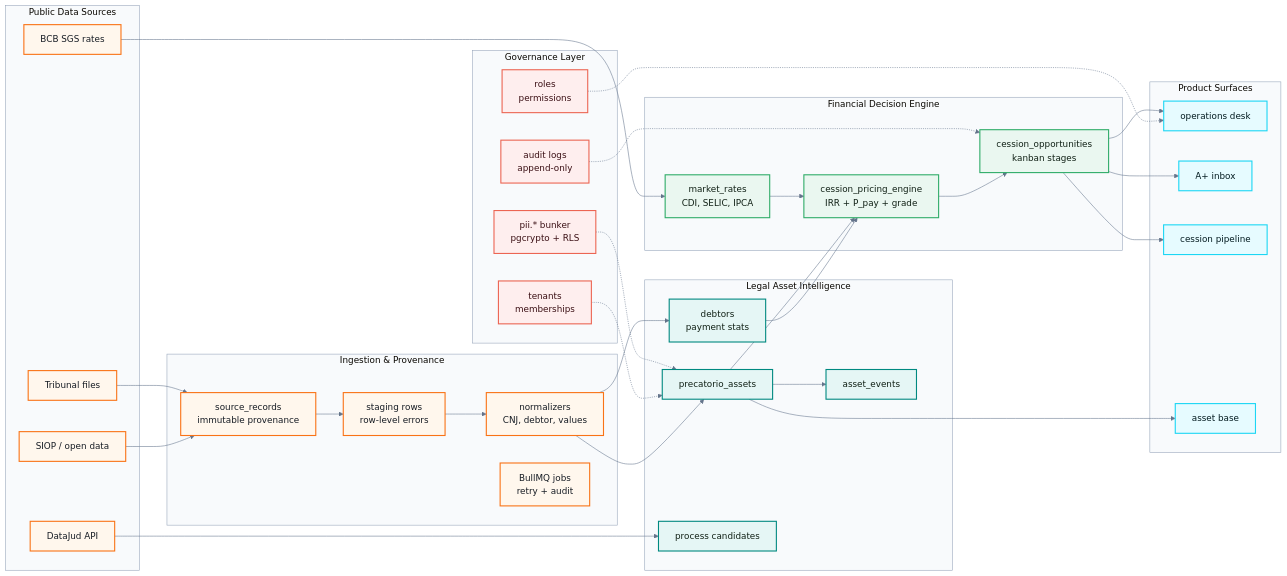
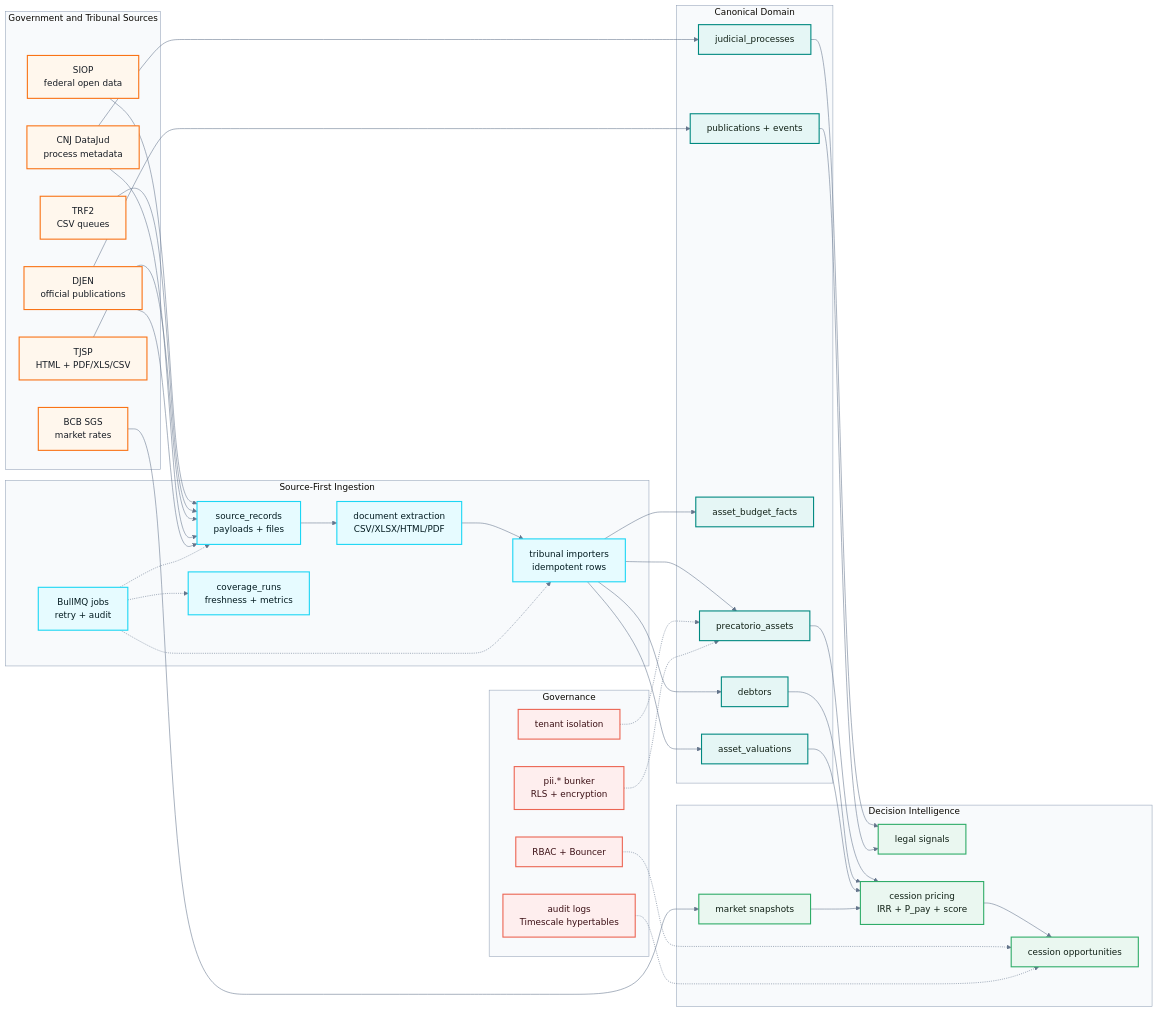
One commit to gabrielmaialva33/juridicai changed the first of 2 diagrams in README.md. Above: the diagram before and after it, drawn with Mermaid. The commit also changed other lines of this file, not shown here.

Commit message:
📝 docs: improve README.md with detailed architecture, pipeline, integrations, and governance

````diff
--- a/README.md
+++ b/README.md
@@ -64,75 +80,82 @@
   'clusterBorder': '#94a3b8'
 }}}%%
 flowchart LR
-    subgraph Sources["Public Data Sources"]
-        SIOP["SIOP / open data"]
-        TRF["Tribunal files"]
-        DATAJUD["DataJud API"]
-        BCB["BCB SGS rates"]
+    subgraph Sources["Government and Tribunal Sources"]
+        SIOP["SIOP<br/>federal open data"]
+        TRF2["TRF2<br/>CSV queues"]
+        TJSP["TJSP<br/>HTML + PDF/XLS/CSV"]
+        DATAJUD["CNJ DataJud<br/>process metadata"]
+        DJEN["DJEN<br/>official publications"]
+        BCB["BCB SGS<br/>market rates"]
     end
 
-    subgraph Ingestion["Ingestion & Provenance"]
-        SOURCE["source_records<br/>immutable provenance"]
-        STAGING["staging rows<br/>row-level errors"]
-        NORMALIZE["normalizers<br/>CNJ, debtor, values"]
+    subgraph Ingestion["Source-First Ingestion"]
+        RECORDS["source_records<br/>payloads + files"]
+        EXTRACT["document extraction<br/>CSV/XLSX/HTML/PDF"]
+        IMPORT["tribunal importers<br/>idempotent rows"]
+        COVERAGE["coverage_runs<br/>freshness + metrics"]
         JOBS["BullMQ jobs<br/>retry + audit"]
     end
 
-    subgraph Domain["Legal Asset Intelligence"]
-        DEBTORS["debtors<br/>payment stats"]
+    subgraph Domain["Canonical Domain"]
         ASSETS["precatorio_assets"]
-        EVENTS["asset_events"]
-        MATCHES["process candidates"]
+        VALUES["asset_valuations"]
+        BUDGET["asset_budget_facts"]
+        DEBTORS["debtors"]
+        PROCESSES["judicial_processes"]
+        PUBS["publications + events"]
     end
 
-    subgraph Pricing["Financial Decision Engine"]
-        MARKET["market_rates<br/>CDI, SELIC, IPCA"]
-        PRICING["cession_pricing_engine<br/>IRR + P_pay + grade"]
-        PIPELINE["cession_opportunities<br/>kanban stages"]
+    subgraph Intelligence["Decision Intelligence"]
+        SIGNALS["legal signals"]
+        RATES["market snapshots"]
+        PRICING["cession pricing<br/>IRR + P_pay + score"]
+        PIPELINE["cession opportunities"]
     end
 
-    subgraph Governance["Governance Layer"]
-        TENANTS["tenants<br/>memberships"]
-        RBAC["roles<br/>permissions"]
-        PII["pii.* bunker<br/>pgcrypto + RLS"]
-        AUDIT["audit logs<br/>append-only"]
+    subgraph Governance["Governance"]
+        TENANT["tenant isolation"]
+        RBAC["RBAC + Bouncer"]
+        PII["pii.* bunker<br/>RLS + encryption"]
+        AUDIT["audit logs<br/>Timescale hypertables"]
     end
 
-    subgraph Product["Product Surfaces"]
-        DESK["operations desk"]
-        INBOX["A+ inbox"]
-        KANBAN["cession pipeline"]
-        BASE["asset base"]
-    end
-
-    SIOP --> SOURCE
-    TRF --> SOURCE
-    DATAJUD --> MATCHES
-    BCB --> MARKET
-    SOURCE --> STAGING --> NORMALIZE --> ASSETS
-    NORMALIZE --> DEBTORS
-    ASSETS --> EVENTS
+    SIOP --> RECORDS
+    TRF2 --> RECORDS
+    TJSP --> RECORDS
+    DATAJUD --> RECORDS
+    DJEN --> RECORDS
+    BCB --> RATES
+    RECORDS --> EXTRACT --> IMPORT --> ASSETS
+    IMPORT --> VALUES
+    IMPORT --> BUDGET
+    IMPORT --> DEBTORS
+    DATAJUD --> PROCESSES
+    DJEN --> PUBS
+    PROCESSES --> SIGNALS
+    PUBS --> SIGNALS
+    ASSETS --> PRICING
     DEBTORS --> PRICING
-    ASSETS --> PRICING
-    MARKET --> PRICING --> PIPELINE
-    TENANTS -.-> ASSETS
-    RBAC -.-> DESK
+    VALUES --> PRICING
+    RATES --> PRICING
+    PRICING --> PIPELINE
+    JOBS -.-> RECORDS
+    JOBS -.-> IMPORT
+    JOBS -.-> COVERAGE
+    TENANT -.-> ASSETS
+    RBAC -.-> PIPELINE
     PII -.-> ASSETS
     AUDIT -.-> PIPELINE
-    PIPELINE --> DESK
-    PIPELINE --> INBOX
-    PIPELINE --> KANBAN
-    ASSETS --> BASE
 
     classDef source fill:#FFF7ED,stroke:#F97316,color:#161C24,stroke-width:2px;
+    classDef ingest fill:#E6FBFF,stroke:#1CD6F4,color:#031B20,stroke-width:2px;
     classDef domain fill:#E5F6F5,stroke:#008980,color:#102015,stroke-width:2px;
-    classDef pricing fill:#EAF7F0,stroke:#2FAC68,color:#102015,stroke-width:2px;
+    classDef intel fill:#EAF7F0,stroke:#2FAC68,color:#102015,stroke-width:2px;
     classDef governance fill:#FEEEEE,stroke:#EC6553,color:#3B1015,stroke-width:2px;
-    classDef product fill:#E6FBFF,stroke:#1CD6F4,color:#031B20,stroke-width:2px;
 
-    class SIOP,TRF,DATAJUD,BCB,SOURCE,STAGING,NORMALIZE,JOBS source;
-    class DEBTORS,ASSETS,EVENTS,MATCHES domain;
-    class MARKET,PRICING,PIPELINE pricing;
-    class TENANTS,RBAC,PII,AUDIT governance;
-    class DESK,INBOX,KANBAN,BASE product;
+    class SIOP,TRF2,TJSP,DATAJUD,DJEN,BCB source;
+    class RECORDS,EXTRACT,IMPORT,COVERAGE,JOBS ingest;
+    class ASSETS,VALUES,BUDGET,DEBTORS,PROCESSES,PUBS domain;
+    class SIGNALS,RATES,PRICING,PIPELINE intel;
+    class TENANT,RBAC,PII,AUDIT governance;
 ```
````
